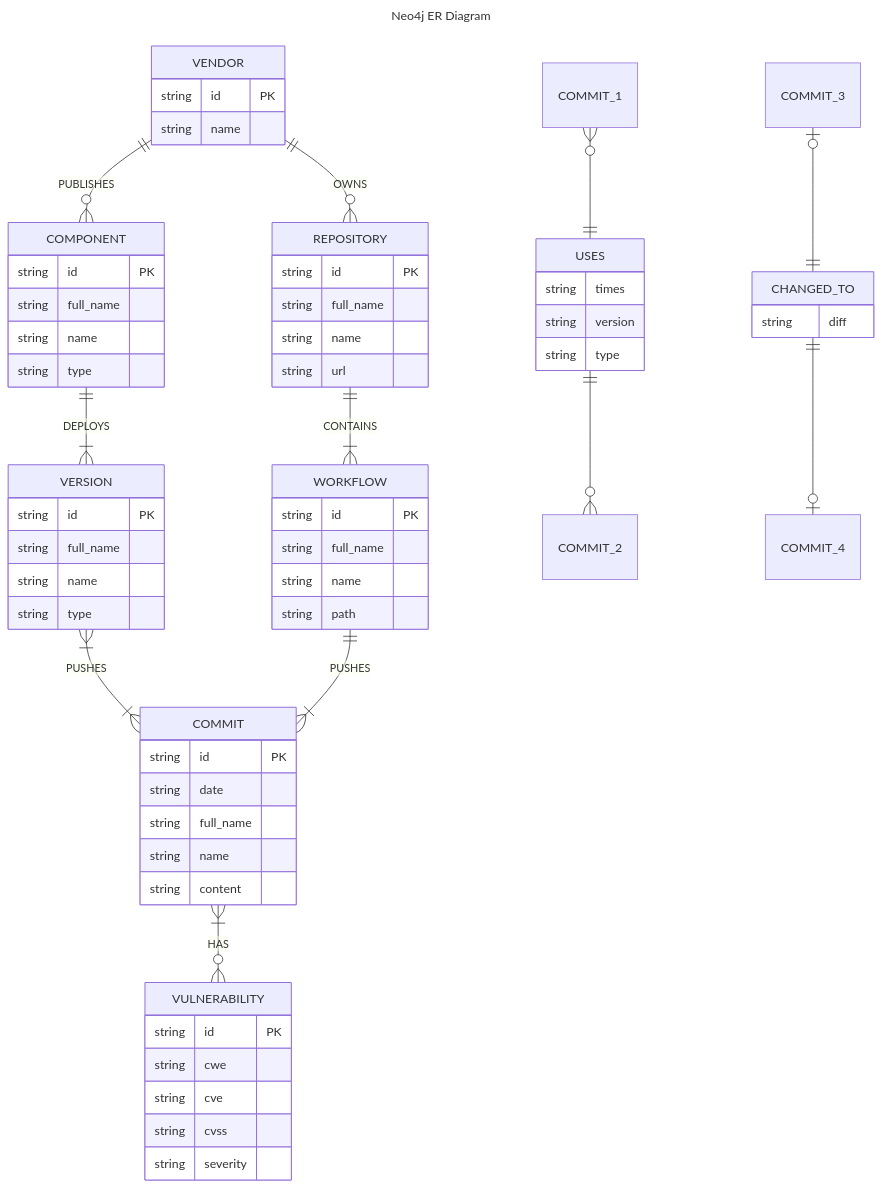
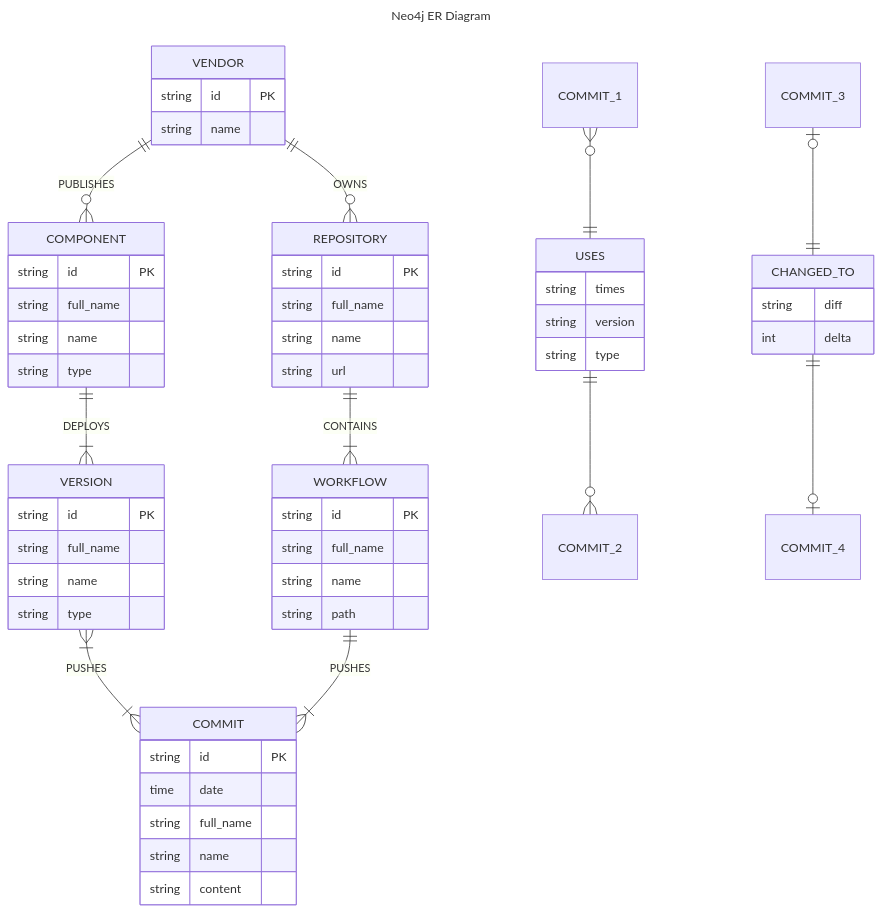
Before and after one commit to aegis-forge/kleio: the diagram in docs/neo4j/er.mmd, drawn with Mermaid. The commit also changed 6 other files, not shown here.

Commit message:
added delta time in CHANGED_TO relationship

```diff
--- a/docs/neo4j/er.mmd
+++ b/docs/neo4j/er.mmd
@@ -1,75 +1,76 @@
 ---
 title: Neo4j ER Diagram
 ---
 erDiagram
-    VULNERABILITY {
-        string id PK
-        string cwe
-        string cve
-        string cvss
-        string severity
-    }
+    %% VULNERABILITY {
+    %%     string id PK
+    %%     string cwe
+    %%     string cve
+    %%     string cvss
+    %%     string severity
+    %% }
 
     VERSION {
         string id PK
         string full_name
         string name
         string type
     }
 
     COMPONENT {
         string id PK
         string full_name
         string name
         string type
     }
 
     COMMIT {
         string id PK
-        string date
+        time date
         string full_name
         string name
         string content
     }
 
     WORKFLOW {
         string id PK
         string full_name
         string name
         string path
     }
 
     REPOSITORY {
         string id PK
         string full_name
         string name
         string url
     }
 
     VENDOR {
         string id PK
         string name
     }
 
-    COMMIT }|--o{ VULNERABILITY : HAS
+    %% COMMIT }|--o{ VULNERABILITY : HAS
     VERSION }|--|{ COMMIT : PUSHES
     COMPONENT ||--|{ VERSION : DEPLOYS
     WORKFLOW ||--|{ COMMIT : PUSHES
     REPOSITORY ||--|{ WORKFLOW : CONTAINS
     VENDOR ||--o{ REPOSITORY : OWNS
     VENDOR ||--o{ COMPONENT : PUBLISHES
 
     USES {
         string times
         string version
         string type
     }
 
     CHANGED_TO {
         string diff
+        int delta
     }
 
     COMMIT_1 }o--|| USES : ""
     USES ||--o{ COMMIT_2 : ""
     COMMIT_3 |o--|| CHANGED_TO : ""
     CHANGED_TO ||--o| COMMIT_4 : ""
```
